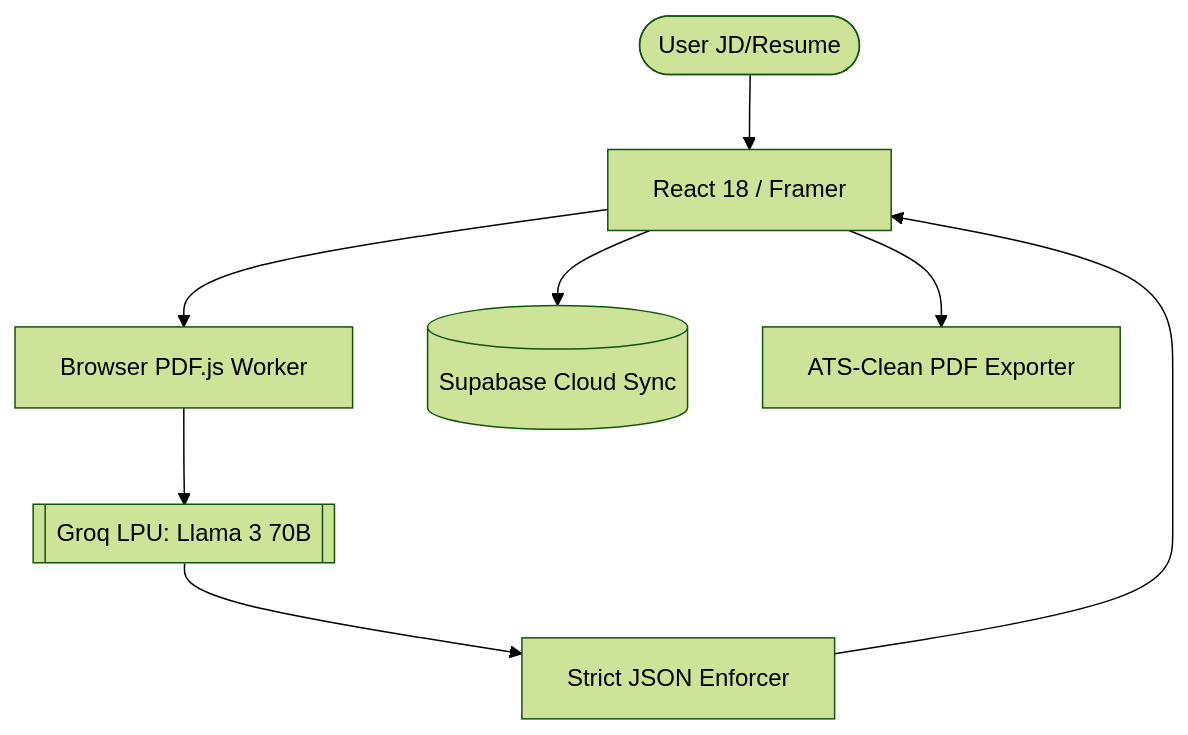
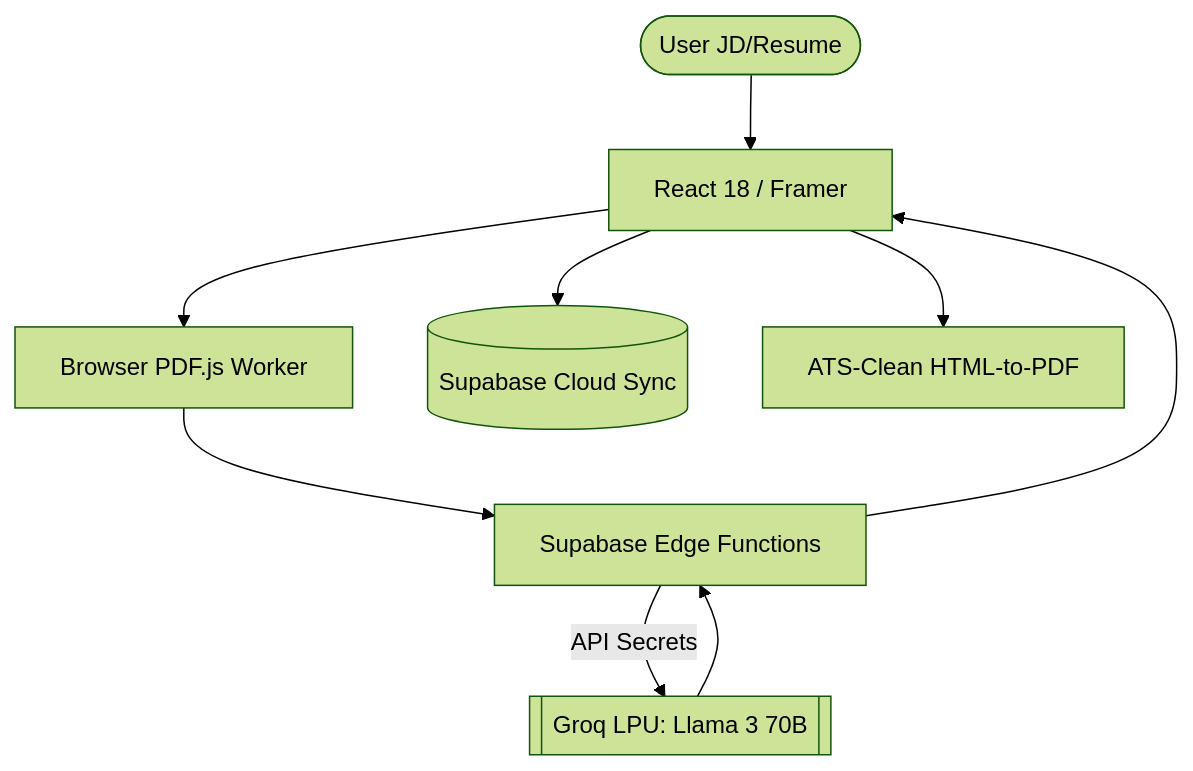
Before and after one commit to Amruth011/lumina-project-220: the diagram in README.md, drawn with Mermaid (forest theme). The commit also changed other lines of this file and 17 other files, not shown here.

Commit message:
docs: Top 0.01% README and architecture update

````diff
--- a/README.md
+++ b/README.md
@@ -51,10 +54,11 @@
 ```mermaid
 graph TD
     User([User JD/Resume]) --> UI[React 18 / Framer]
     UI --> PDF[Browser PDF.js Worker]
-    PDF --> Groq[[Groq LPU: Llama 3 70B]]
-    Groq --> Json[Strict JSON Enforcer]
-    Json --> UI
+    PDF --> Edge[Supabase Edge Functions]
+    Edge -- API Secrets --> Groq[[Groq LPU: Llama 3 70B]]
+    Groq --> Edge
+    Edge --> UI
     UI --> DB[(Supabase Cloud Sync)]
-    UI --> Export[ATS-Clean PDF Exporter]
+    UI --> Export[ATS-Clean HTML-to-PDF]
 ```
````
